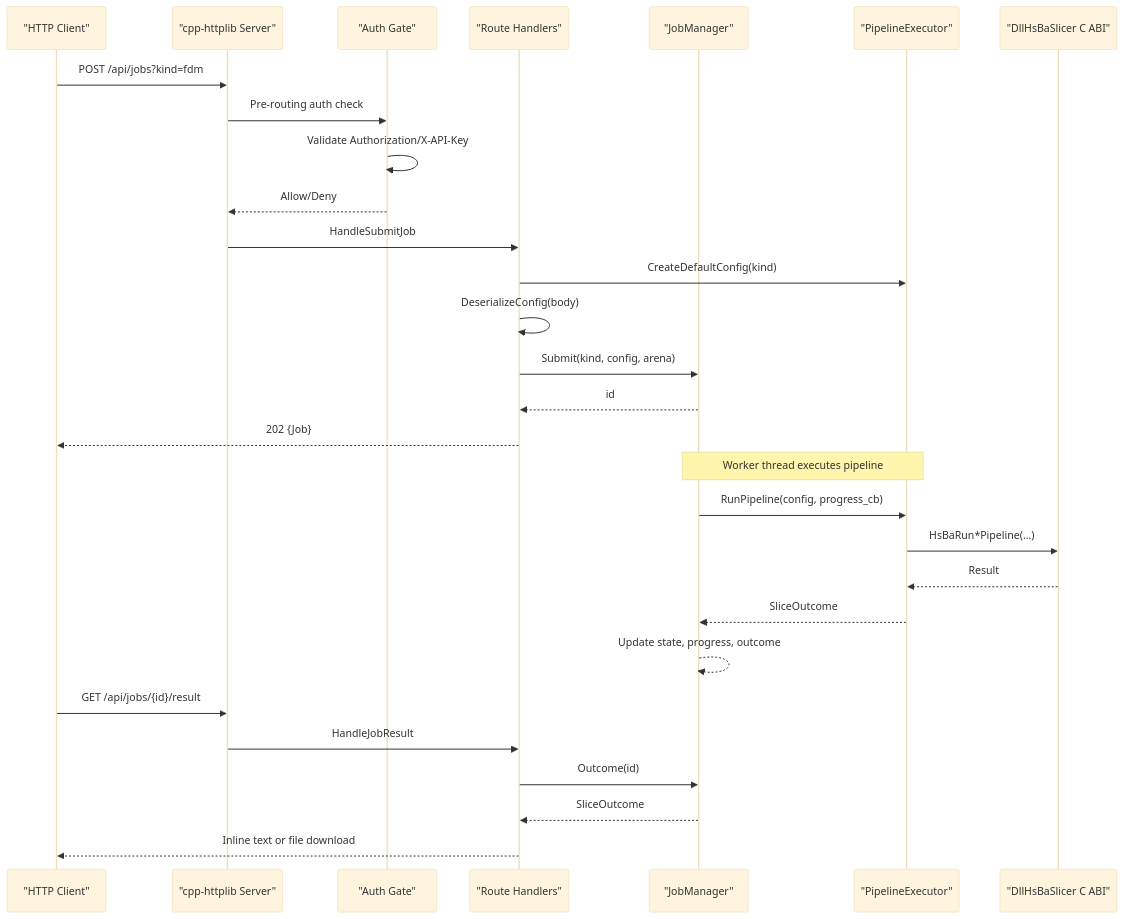
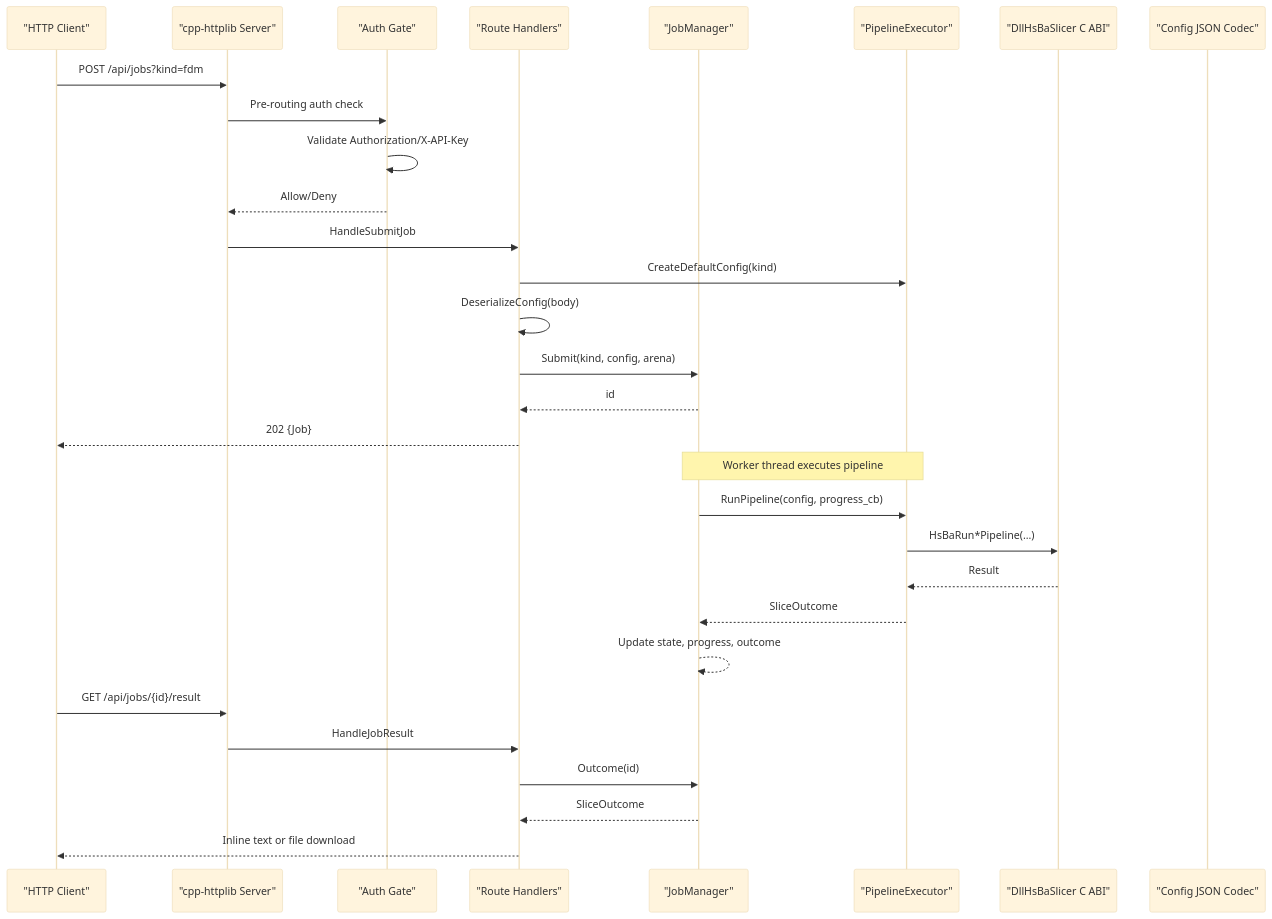
One commit to hsmbanlance/HsBaSlicer changed the second of 10 diagrams in .qoder/repowiki/en/content/Core Modules/REST API Server.md. Above: the diagram before and after it, drawn with Mermaid (base theme). The commit also changed other lines of this file and 172 other files, not shown here.

````diff
--- a/.qoder/repowiki/en/content/Core Modules/REST API Server.md
+++ b/.qoder/repowiki/en/content/Core Modules/REST API Server.md
@@ -124,31 +135,32 @@
 ```mermaid
 sequenceDiagram
 participant Client as "HTTP Client"
 participant Http as "cpp-httplib Server"
 participant Auth as "Auth Gate"
 participant Routes as "Route Handlers"
 participant Jobs as "JobManager"
 participant Exec as "PipelineExecutor"
 participant Dll as "DllHsBaSlicer C ABI"
+participant JsonCodec as "Config JSON Codec"
 Client->>Http : POST /api/jobs?kind=fdm
 Http->>Auth : Pre-routing auth check
 Auth->>Auth : Validate Authorization/X-API-Key
 Auth-->>Http : Allow/Deny
 Http->>Routes : HandleSubmitJob
 Routes->>Exec : CreateDefaultConfig(kind)
 Routes->>Routes : DeserializeConfig(body)
 Routes->>Jobs : Submit(kind, config, arena)
 Jobs-->>Routes : id
 Routes-->>Client : 202 {Job}
 Note over Jobs,Exec : Worker thread executes pipeline
 Jobs->>Exec : RunPipeline(config, progress_cb)
 Exec->>Dll : HsBaRun*Pipeline(...)
 Dll-->>Exec : Result
 Exec-->>Jobs : SliceOutcome
 Jobs-->>Jobs : Update state, progress, outcome
 Client->>Http : GET /api/jobs/{id}/result
 Http->>Routes : HandleJobResult
 Routes->>Jobs : Outcome(id)
 Jobs-->>Routes : SliceOutcome
 Routes-->>Client : Inline text or file download
 ```
````
